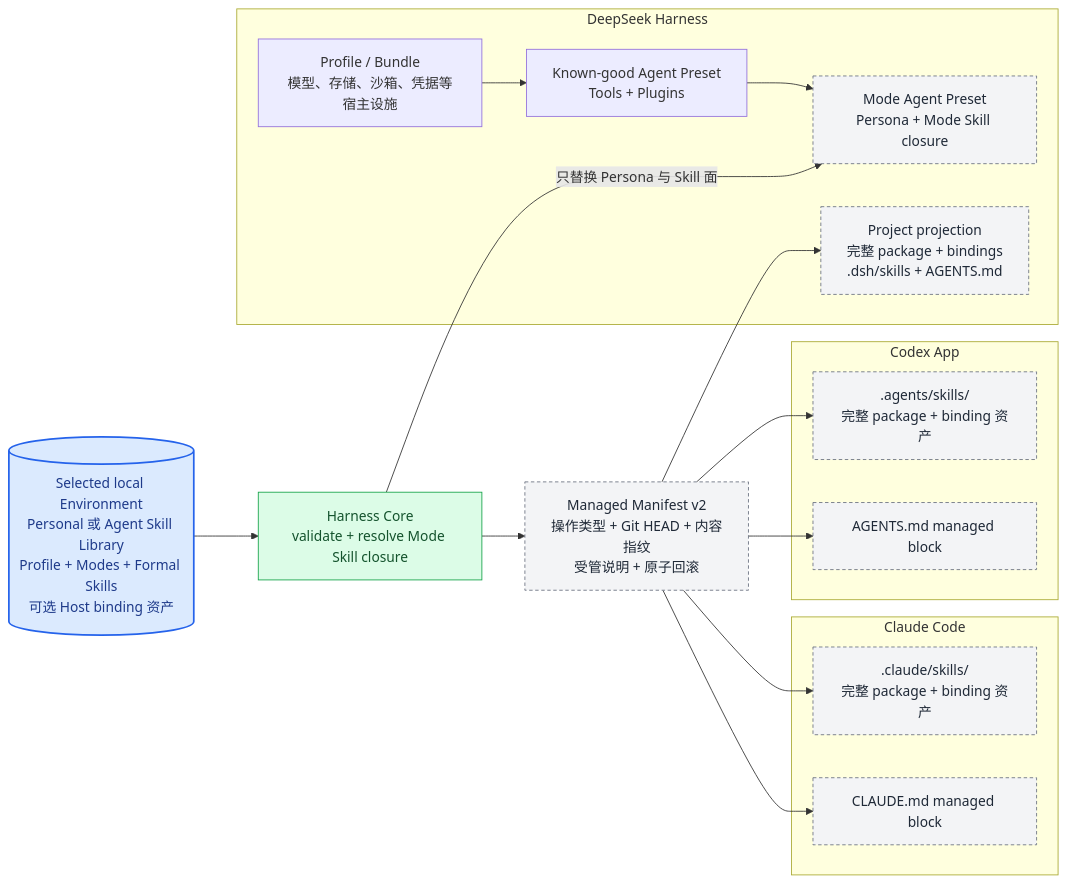
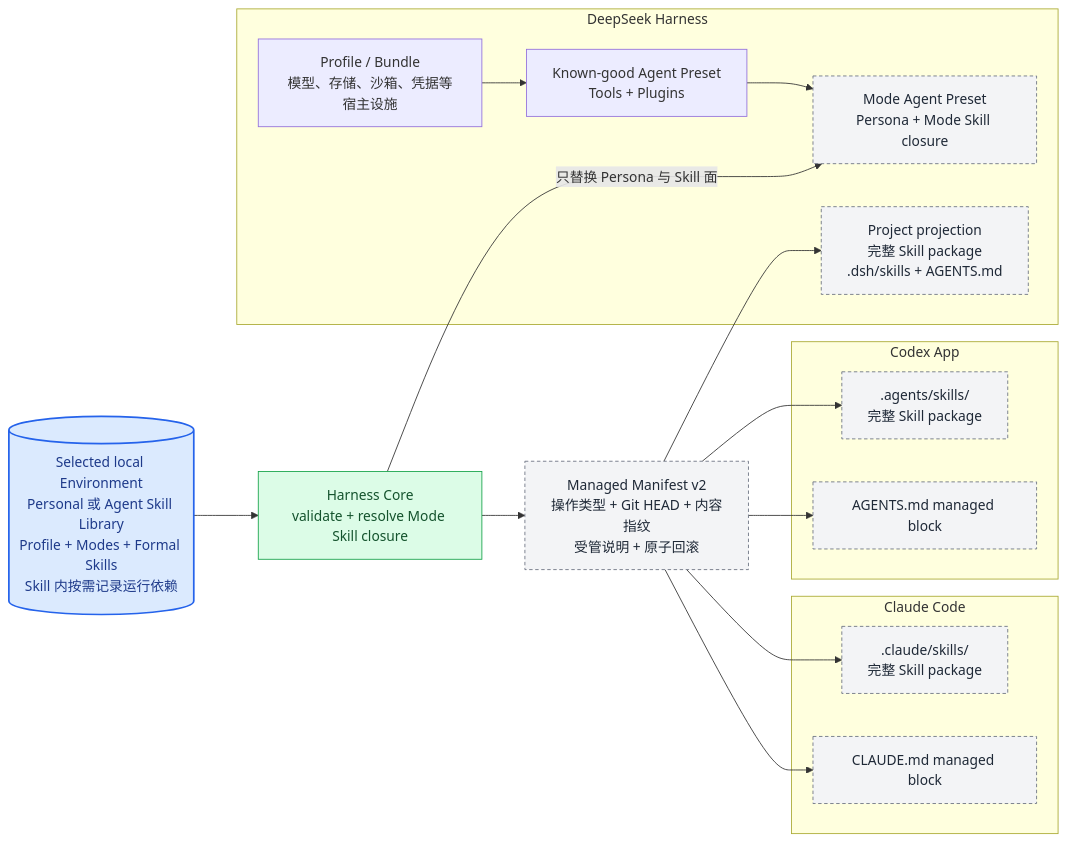
Before and after one commit to qihangzhang-272/asl-harness: diagram 16 of 16 in docs/asl-architecture-views.md, drawn with Mermaid. The commit also changed other lines of this file and 12 other files, not shown here.

````diff
--- a/docs/asl-architecture-views.md
+++ b/docs/asl-architecture-views.md
@@ -926,40 +1094,40 @@
 ```mermaid
 flowchart LR
-    ENV[("Selected local Environment<br/>Personal 或 Agent Skill Library<br/>Profile + Modes + Formal Skills<br/>可选 Host binding 资产")]
+    ENV[("Selected local Environment<br/>Personal 或 Agent Skill Library<br/>Profile + Modes + Formal Skills<br/>Skill 内按需记录运行依赖")]
     RESOLVE["Harness Core<br/>validate + resolve Mode Skill closure"]
     MANIFEST["Managed Manifest v2<br/>操作类型 + Git HEAD + 内容指纹<br/>受管说明 + 原子回滚"]
 
     subgraph CODEX["Codex App"]
-        CA[".agents/skills/<skill><br/>完整 package + binding 资产"]
+        CA[".agents/skills/<skill><br/>完整 Skill package"]
         CI["AGENTS.md managed block"]
     end
 
     subgraph CLAUDE["Claude Code"]
-        CS[".claude/skills/<skill><br/>完整 package + binding 资产"]
+        CS[".claude/skills/<skill><br/>完整 Skill package"]
         CC["CLAUDE.md managed block"]
     end
 
     subgraph DSH["DeepSeek Harness"]
-        DP["Project projection<br/>完整 package + bindings<br/>.dsh/skills + AGENTS.md"]
+        DP["Project projection<br/>完整 Skill package<br/>.dsh/skills + AGENTS.md"]
         BASE["Known-good Agent Preset<br/>Tools + Plugins"]
         PRESET["Mode Agent Preset<br/>Persona + Mode Skill closure"]
         SHARED["Profile / Bundle<br/>模型、存储、沙箱、凭据等宿主设施"]
         BASE --> PRESET
         SHARED --> BASE
     end
 
     ENV --> RESOLVE --> MANIFEST
     MANIFEST --> CA
     MANIFEST --> CI
     MANIFEST --> CS
     MANIFEST --> CC
     MANIFEST --> DP
     RESOLVE -->|只替换 Persona 与 Skill 面| PRESET
 
     classDef truth fill:#dbeafe,stroke:#2563eb,color:#1e3a8a,stroke-width:2px;
     classDef done fill:#dcfce7,stroke:#16a34a,color:#14532d;
     classDef generated fill:#f3f4f6,stroke:#6b7280,color:#1f2937,stroke-dasharray:4 3;
     class ENV truth;
     class RESOLVE done;
     class MANIFEST,CA,CI,CS,CC,DP,PRESET generated;
 ```
````
